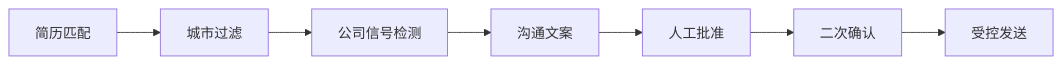
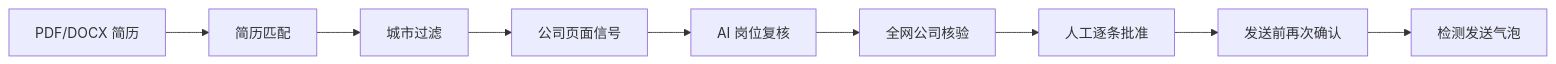
Before and after one commit to TAN123TYL/boss-job-assistant: the diagram in README.md, drawn with Mermaid. The commit also changed other lines of this file and 35 other files, not shown here.

````diff
--- a/README.md
+++ b/README.md
@@ -9,9 +9,11 @@
 ```mermaid
 flowchart LR
-  A[简历匹配] --> B[城市过滤]
-  B --> C[公司信号检测]
-  C --> D[沟通文案]
-  D --> E[人工批准]
-  E --> F[二次确认]
-  F --> G[受控发送]
+  A[PDF/DOCX 简历] --> B[简历匹配]
+  B --> C[城市过滤]
+  C --> D[公司页面信号]
+  D --> E[AI 岗位复核]
+  E --> F[全网公司核验]
+  F --> G[人工逐条批准]
+  G --> H[发送前再次确认]
+  H --> I[检测发送气泡]
 ```
````
